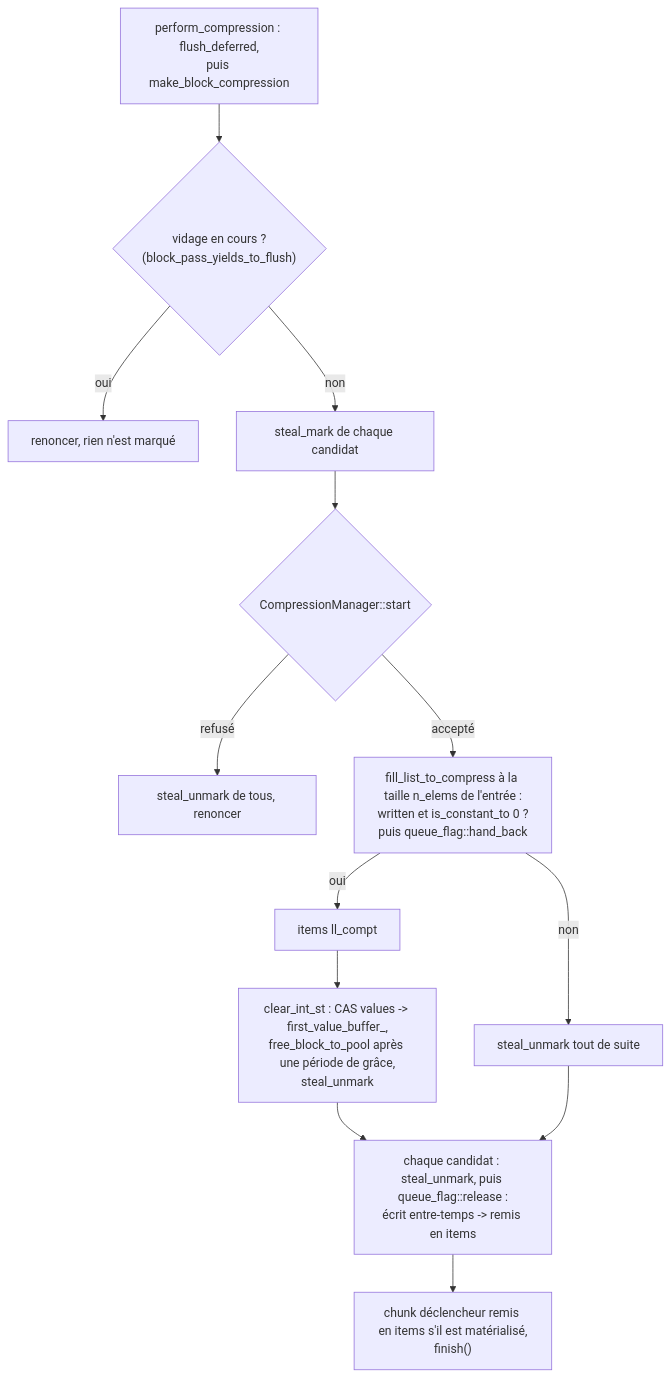
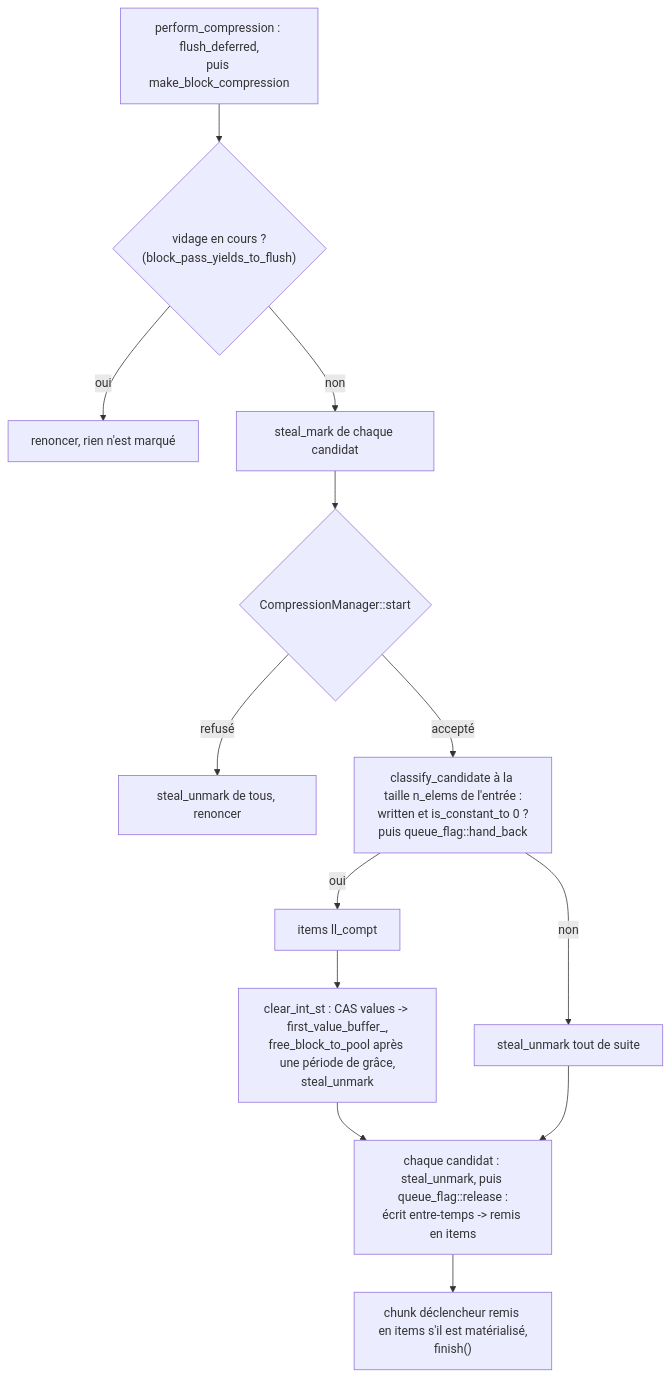
Before and after one commit to cea-hpc/shrink-array: the second of 2 diagrams in docs/algo_zero_fr.md, drawn with Mermaid. The commit also changed other lines of this file and 71 other files, not shown here.

First line of the commit message:
The *_to_compress* and const1/const2 names are the candidate and first/second-value names

````diff
--- a/docs/algo_zero_fr.md
+++ b/docs/algo_zero_fr.md
@@ -124,15 +124,15 @@
 ```mermaid
 flowchart TD
     A["perform_compression : flush_deferred,<br/>puis make_block_compression"] --> B{"vidage en cours ?<br/>(block_pass_yields_to_flush)"}
     B -->|oui| B1["renoncer, rien n'est marqué"]
     B -->|non| C["steal_mark de chaque candidat"]
     C --> D{"CompressionManager::start"}
     D -->|refusé| D1["steal_unmark de tous, renoncer"]
-    D -->|accepté| E["fill_list_to_compress à la taille n_elems de l'entrée :<br/>written et is_constant_to 0 ?<br/>puis queue_flag::hand_back"]
+    D -->|accepté| E["classify_candidate à la taille n_elems de l'entrée :<br/>written et is_constant_to 0 ?<br/>puis queue_flag::hand_back"]
     E -->|oui| F["items ll_compt"]
     E -->|non| G["steal_unmark tout de suite"]
     F --> H["clear_int_st : CAS values -> first_value_buffer_,<br/>free_block_to_pool après une période de grâce,<br/>steal_unmark"]
     H --> I["chaque candidat : steal_unmark, puis queue_flag::release :<br/>écrit entre-temps -> remis en items"]
     G --> I
     I --> J["chunk déclencheur remis en items s'il est matérialisé,<br/>finish()"]
 ```
````
